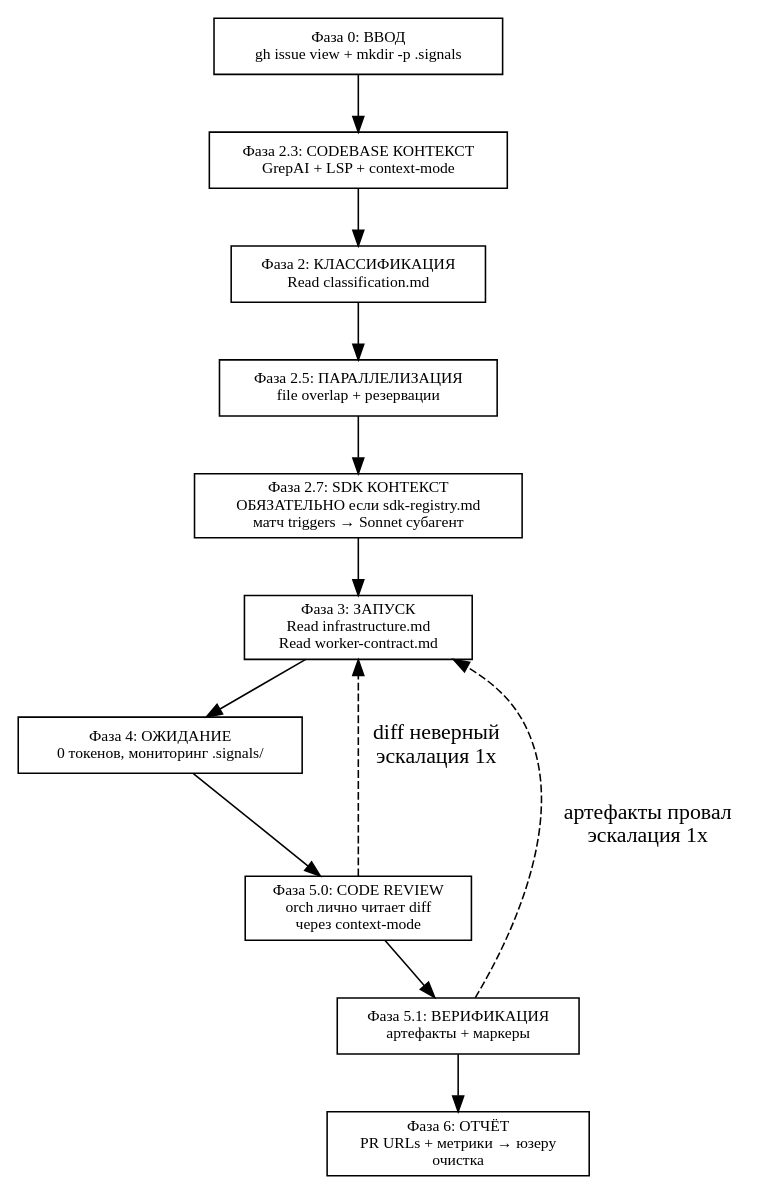
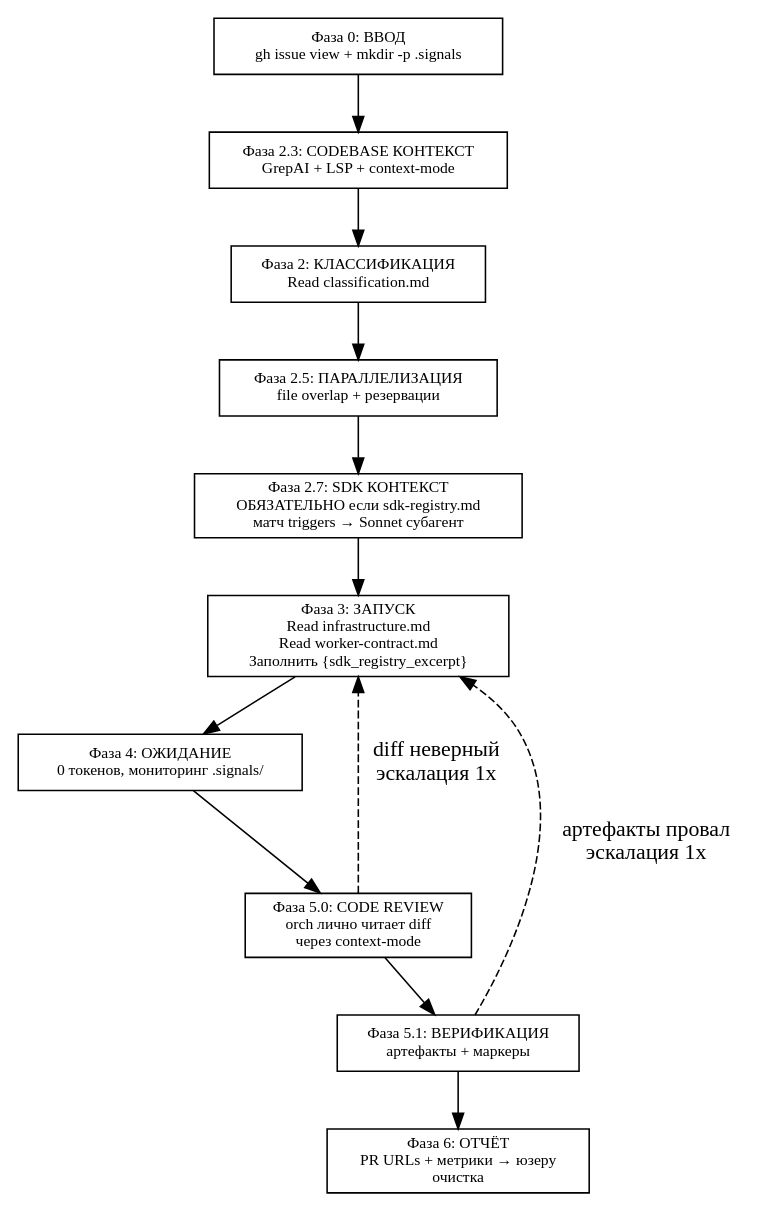
The diagram in .claude/skills/tmux-swarm-orchestration/SKILL.md (yastman/rag), drawn with Graphviz before and after one commit. The commit also changed other lines of this file, not shown here.

First line of the commit message:
feat(skills): explicit SDK placeholder population in Phase 3

````diff
--- a/.claude/skills/tmux-swarm-orchestration/SKILL.md
+++ b/.claude/skills/tmux-swarm-orchestration/SKILL.md
@@ -27,19 +27,19 @@
 ```dot
 digraph flow {
   rankdir=TB; node [shape=box, fontsize=10];
   init [label="Фаза 0: ВВОД\ngh issue view + mkdir -p .signals"];
   codebase [label="Фаза 2.3: CODEBASE КОНТЕКСТ\nGrepAI + LSP + context-mode"];
   classify [label="Фаза 2: КЛАССИФИКАЦИЯ\nRead classification.md"];
   parallel [label="Фаза 2.5: ПАРАЛЛЕЛИЗАЦИЯ\nfile overlap + резервации"];
   sdk [label="Фаза 2.7: SDK КОНТЕКСТ\nОБЯЗАТЕЛЬНО если sdk-registry.md\nматч triggers → Sonnet субагент"];
-  spawn [label="Фаза 3: ЗАПУСК\nRead infrastructure.md\nRead worker-contract.md"];
+  spawn [label="Фаза 3: ЗАПУСК\nRead infrastructure.md\nRead worker-contract.md\nЗаполнить {sdk_registry_excerpt}"];
   wait [label="Фаза 4: ОЖИДАНИЕ\n0 токенов, мониторинг .signals/"];
   review [label="Фаза 5.0: CODE REVIEW\norch лично читает diff\nчерез context-mode"];
   verify [label="Фаза 5.1: ВЕРИФИКАЦИЯ\nартефакты + маркеры"];
   report [label="Фаза 6: ОТЧЁТ\nPR URLs + метрики → юзеру\nочистка"];
 
   init -> codebase -> classify -> parallel -> sdk -> spawn -> wait -> review -> verify -> report;
   review -> spawn [label="diff неверный\nэскалация 1x", style=dashed];
   verify -> spawn [label="артефакты провал\nэскалация 1x", style=dashed];
 }
 ```
````
